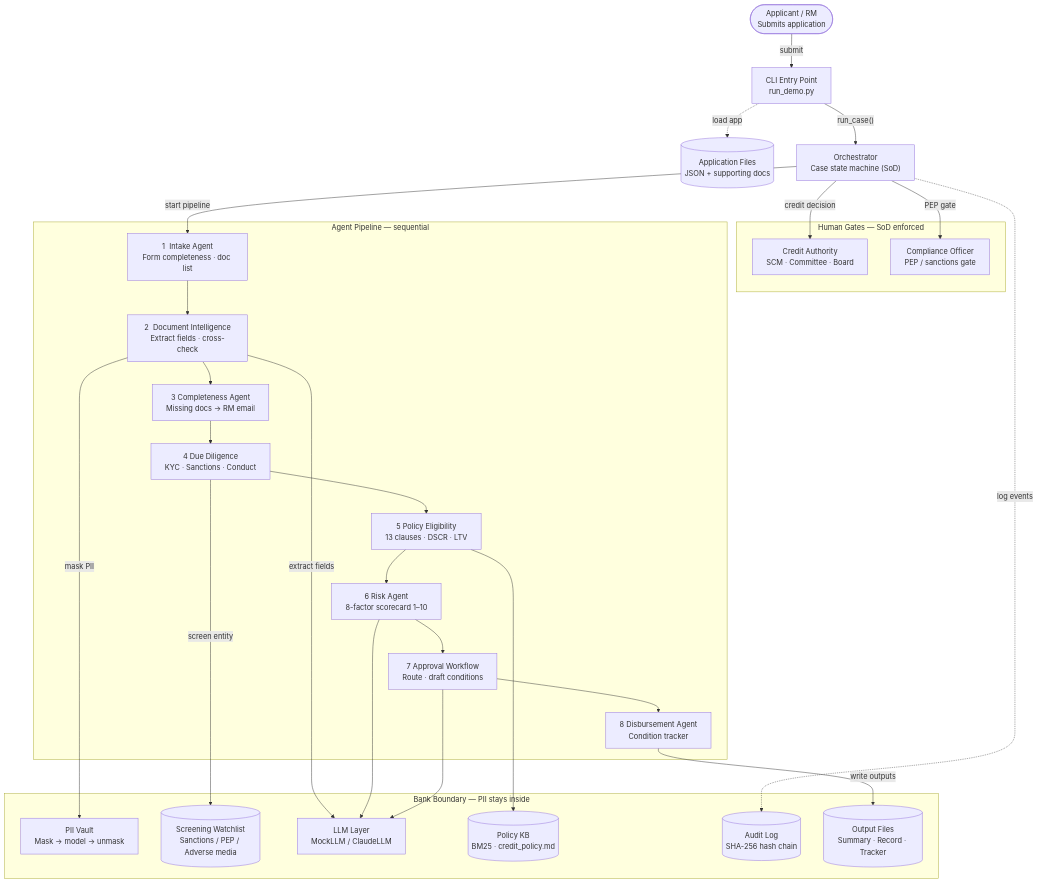
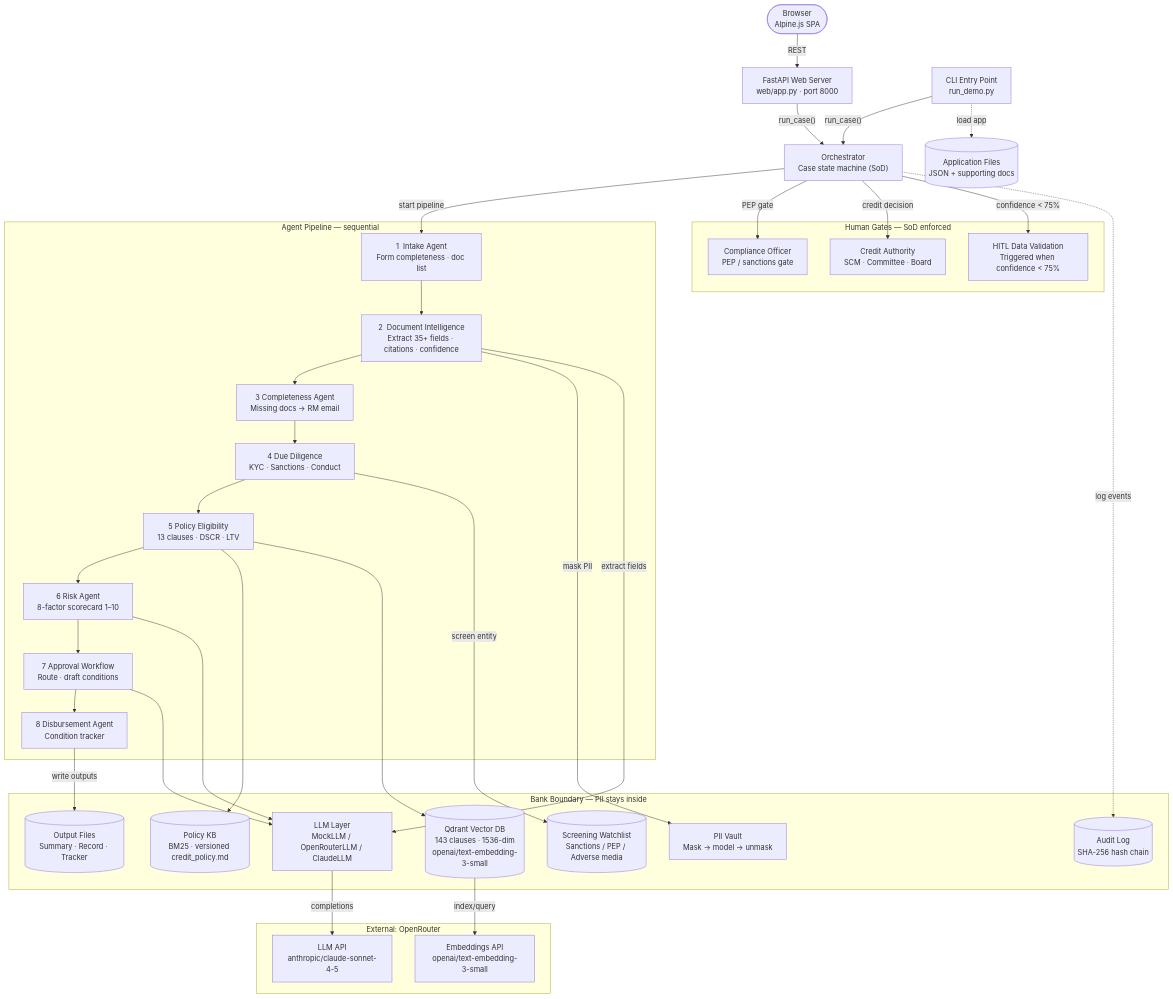
Before and after one commit to alokranjan04/loan-lifecycle: the diagram in prototype/docs/architecture.md, drawn with Mermaid. The commit also changed other lines of this file and 21 other files, not shown here.

First line of the commit message:
feat: add RAG (Qdrant + OpenRouter), Case Report UI, Policy Library, HITL gate, and test scenarios

````diff
--- a/prototype/docs/architecture.md
+++ b/prototype/docs/architecture.md
@@ -7,48 +7,61 @@
 ```mermaid
 flowchart TD
-    Applicant(["Applicant / RM\nSubmits application"])
+    Browser(["Browser\nAlpine.js SPA"])
+    WebServer["FastAPI Web Server\nweb/app.py · port 8000"]
     CLI["CLI Entry Point\nrun_demo.py"]
     AppData[("Application Files\nJSON + supporting docs")]
     Orch["Orchestrator\nCase state machine (SoD)"]
 
     subgraph HG["Human Gates — SoD enforced"]
         HC["Credit Authority\nSCM · Committee · Board"]
         HCO["Compliance Officer\nPEP / sanctions gate"]
+        HITL["HITL Data Validation\nTriggered when confidence < 75%"]
     end
 
     subgraph AP["Agent Pipeline — sequential"]
         A1["1  Intake Agent\nForm completeness · doc list"]
-        A2["2  Document Intelligence\nExtract fields · cross-check"]
+        A2["2  Document Intelligence\nExtract 35+ fields · citations · confidence"]
         A3["3  Completeness Agent\nMissing docs → RM email"]
         A4["4  Due Diligence\nKYC · Sanctions · Conduct"]
         A5["5  Policy Eligibility\n13 clauses · DSCR · LTV"]
         A6["6  Risk Agent\n8-factor scorecard 1–10"]
         A7["7  Approval Workflow\nRoute · draft conditions"]
         A8["8  Disbursement Agent\nCondition tracker"]
         A1 --> A2 --> A3 --> A4 --> A5 --> A6 --> A7 --> A8
     end
 
     subgraph BB["Bank Boundary — PII stays inside"]
         PII["PII Vault\nMask → model → unmask"]
         SCR[("Screening Watchlist\nSanctions / PEP / Adverse media")]
-        LLM["LLM Layer\nMockLLM / ClaudeLLM"]
-        KB[("Policy KB\nBM25 · credit_policy.md")]
+        LLM["LLM Layer\nMockLLM / OpenRouterLLM / ClaudeLLM"]
+        KB[("Policy KB\nBM25 · versioned credit_policy.md")]
+        VDB[("Qdrant Vector DB\n143 clauses · 1536-dim\nopenai/text-embedding-3-small")]
         AUD[("Audit Log\nSHA-256 hash chain")]
         OUT[("Output Files\nSummary · Record · Tracker")]
     end
 
-    Applicant -->|submit| CLI
+    subgraph OR["External: OpenRouter"]
+        LLMAPI["LLM API\nanthropic/claude-sonnet-4-5"]
+        EMBEDAPI["Embeddings API\nopenai/text-embedding-3-small"]
+    end
+
+    Browser -->|REST| WebServer
+    WebServer -->|"run_case()"| Orch
     CLI -->|"run_case()"| Orch
     CLI -.->|load app| AppData
     Orch -->|start pipeline| A1
     Orch -->|PEP gate| HCO
     Orch -->|credit decision| HC
+    Orch -->|confidence < 75%| HITL
     Orch -.->|log events| AUD
     A2 -->|mask PII| PII
     A2 -->|extract fields| LLM
     A4 -->|screen entity| SCR
     A5 --> KB
+    A5 --> VDB
     A6 --> LLM
     A7 --> LLM
     A8 -->|write outputs| OUT
+    LLM -->|completions| LLMAPI
+    VDB -->|index/query| EMBEDAPI
 ```
````
